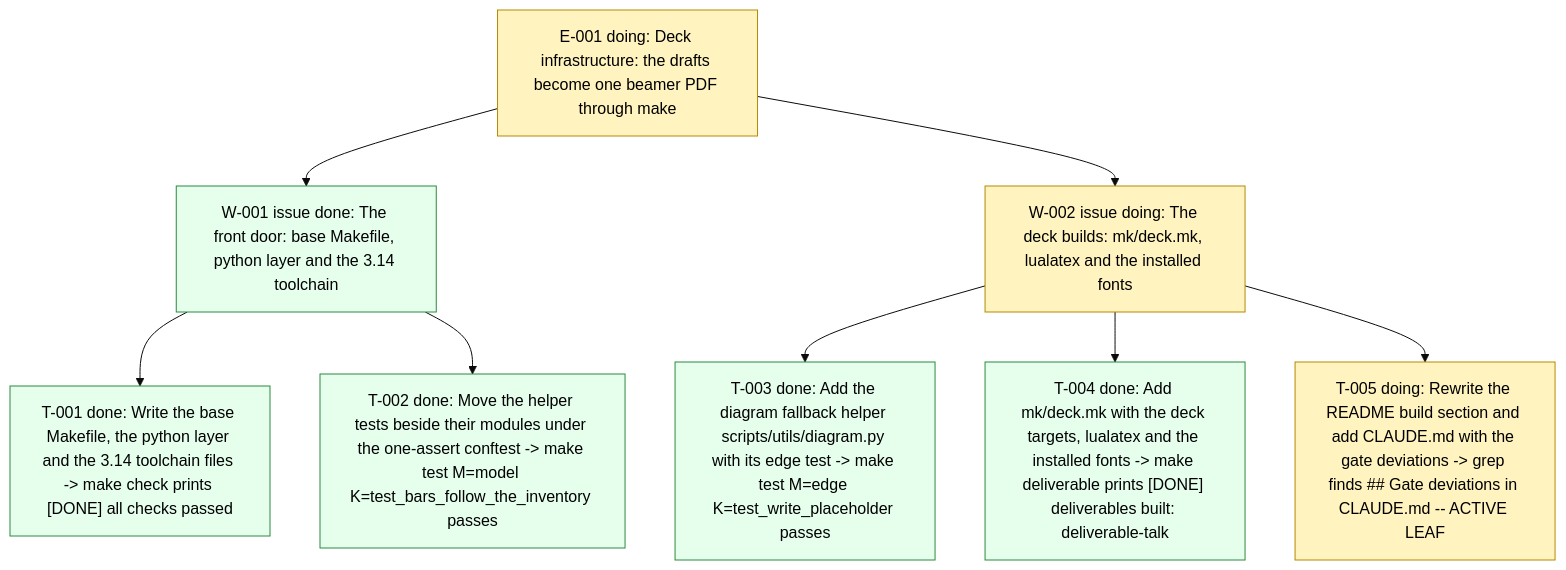
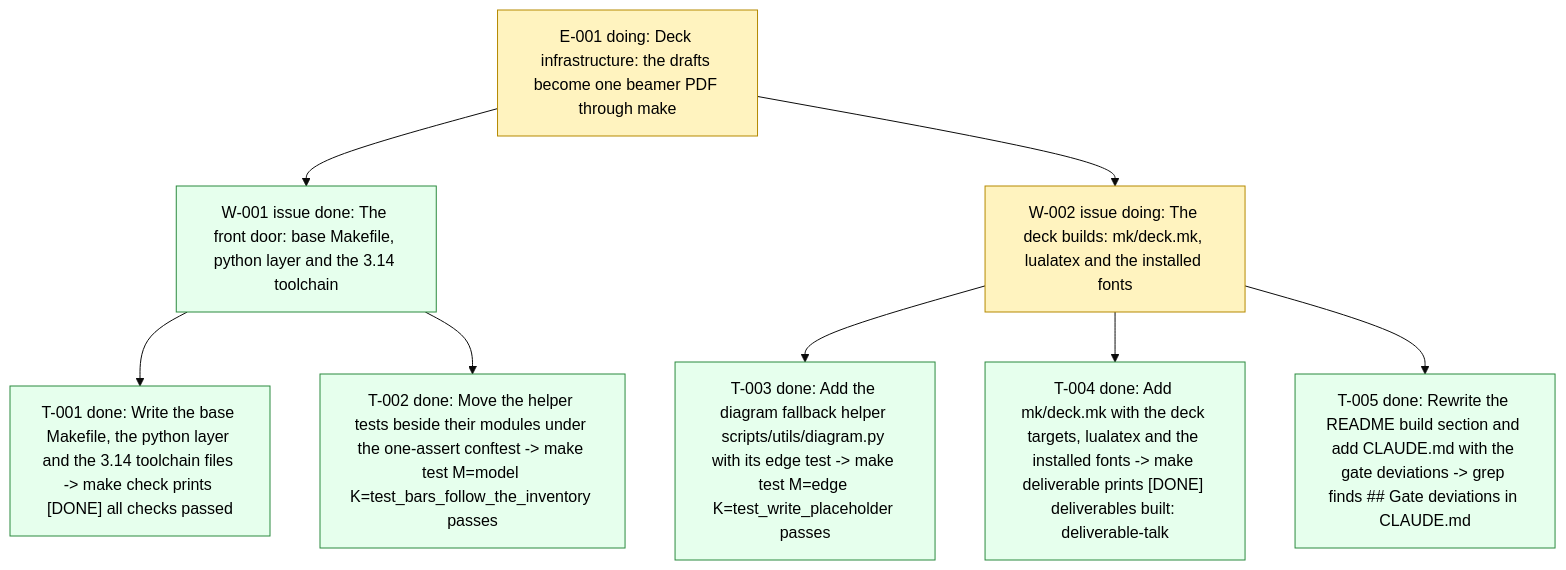
One commit to dpopchev/chaos-to-simple changed the diagram in .board/BOARD.md. Above: the diagram before and after it, drawn with Mermaid (base theme). The commit also changed other lines of this file and 1 other file, not shown here.

Commit message:
chore(board): close T-005 -- W-002 ready to land
Refs: W-002 T-005

````diff
--- a/.board/BOARD.md
+++ b/.board/BOARD.md
@@ -14,18 +14,18 @@
 ```mermaid
 flowchart TD
   E001["E-001 doing: Deck infrastructure: the drafts become one beamer PDF through make"]
   E001 --> W001["W-001 issue done: The front door: base Makefile, python layer and the 3.14 toolchain"]
   W001 --> T001["T-001 done: Write the base Makefile, the python layer and the 3.14 toolchain files -> make check prints [DONE] all checks passed"]
   W001 --> T002["T-002 done: Move the helper tests beside their modules under the one-assert conftest -> make test M=model K=test_bars_follow_the_inventory passes"]
   E001 --> W002["W-002 issue doing: The deck builds: mk/deck.mk, lualatex and the installed fonts"]
   W002 --> T003["T-003 done: Add the diagram fallback helper scripts/utils/diagram.py with its edge test -> make test M=edge K=test_write_placeholder passes"]
   W002 --> T004["T-004 done: Add mk/deck.mk with the deck targets, lualatex and the installed fonts -> make deliverable prints [DONE] deliverables built: deliverable-talk"]
-  W002 --> T005["T-005 doing: Rewrite the README build section and add CLAUDE.md with the gate deviations -> grep finds ## Gate deviations in CLAUDE.md -- ACTIVE LEAF"]
+  W002 --> T005["T-005 done: Rewrite the README build section and add CLAUDE.md with the gate deviations -> grep finds ## Gate deviations in CLAUDE.md"]
   classDef doing fill:#fff3bf,stroke:#b58900,color:#000;
   classDef blocked fill:#ffe3e3,stroke:#c92a2a,color:#000;
   classDef done fill:#e6ffed,stroke:#2b8a3e,color:#000;
   classDef todo fill:#f8f9fa,stroke:#868e96,color:#000;
   classDef pruned fill:#f1f3f5,stroke:#adb5bd,color:#000;
-  class E001,W002,T005 doing
-  class W001,T001,T002,T003,T004 done
+  class E001,W002 doing
+  class W001,T001,T002,T003,T004,T005 done
 ```
````
